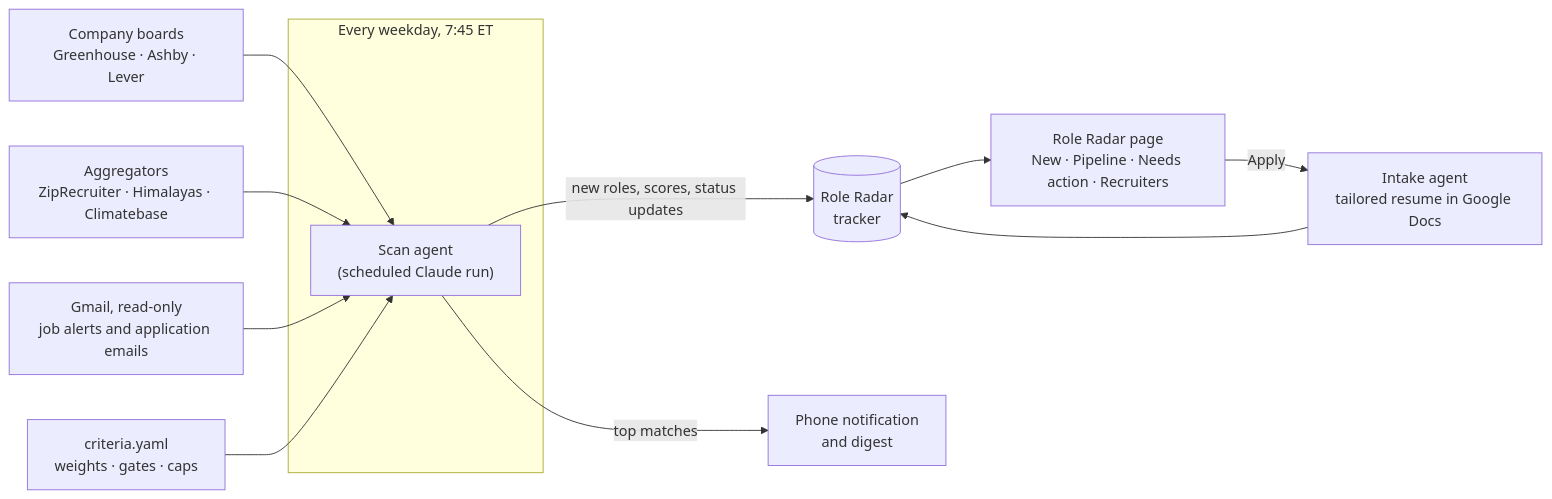
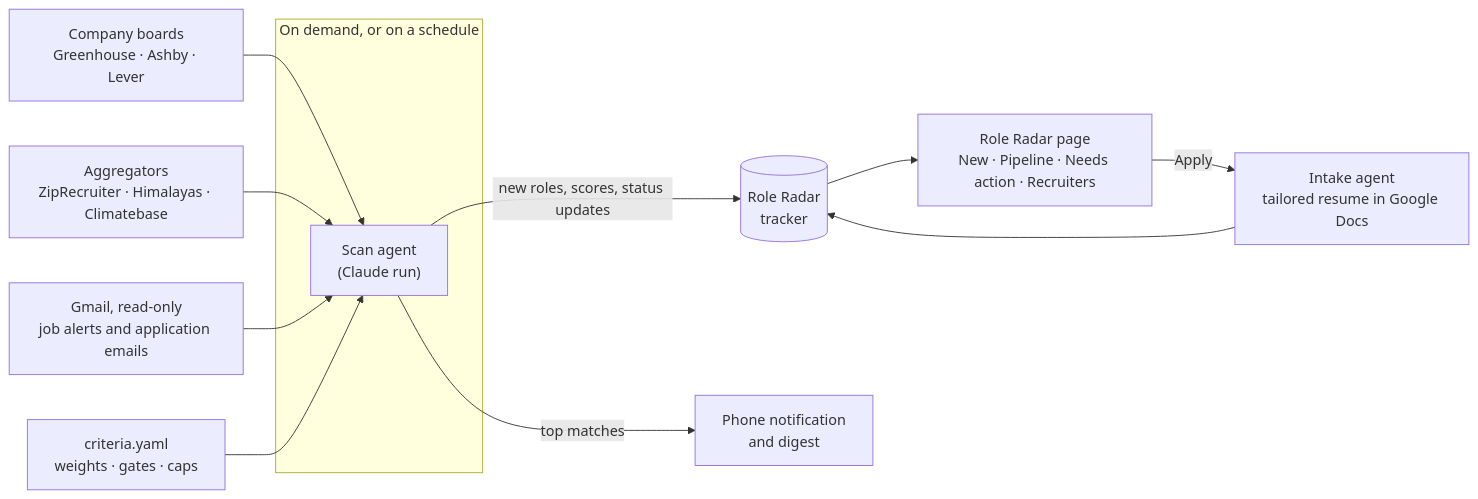
Before and after one commit to holroydchase-afk/role-radar: the diagram in README.md, drawn with Mermaid. The commit also changed other lines of this file and 5 other files, not shown here.

First line of the commit message:
RR-PAY: pay as its own weight, README describes the on-demand scan

````diff
--- a/README.md
+++ b/README.md
@@ -24,15 +24,15 @@
 ```mermaid
 flowchart LR
-  subgraph Morning["Every weekday, 7:45 ET"]
-    S["Scan agent<br/>(scheduled Claude run)"]
+  subgraph Morning["On demand, or on a schedule"]
+    S["Scan agent<br/>(Claude run)"]
   end
   B["Company boards<br/>Greenhouse · Ashby · Lever"] --> S
   Z["Aggregators<br/>ZipRecruiter · Himalayas · Climatebase"] --> S
   G["Gmail, read-only<br/>job alerts and application emails"] --> S
   C["criteria.yaml<br/>weights · gates · caps"] --> S
   S -->|"new roles, scores, status updates"| DB[("Role Radar<br/>tracker")]
   S -->|"top matches"| P["Phone notification<br/>and digest"]
   DB --> UI["Role Radar page<br/>New · Pipeline · Needs action · Recruiters"]
   UI -->|"Apply"| I["Intake agent<br/>tailored resume in Google Docs"]
   I --> DB
 ```
````
